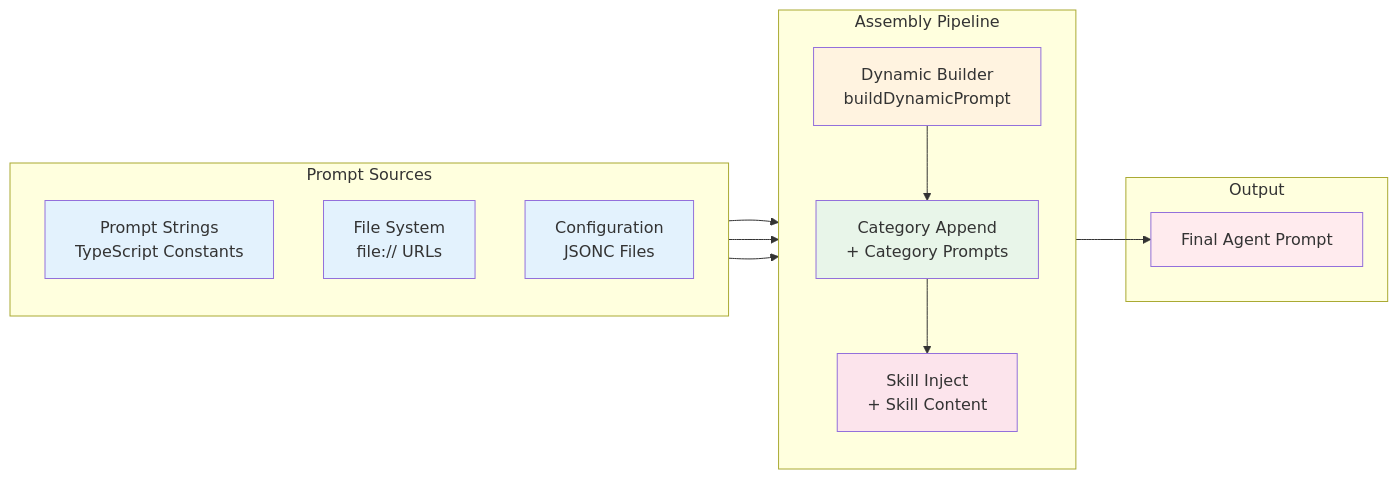
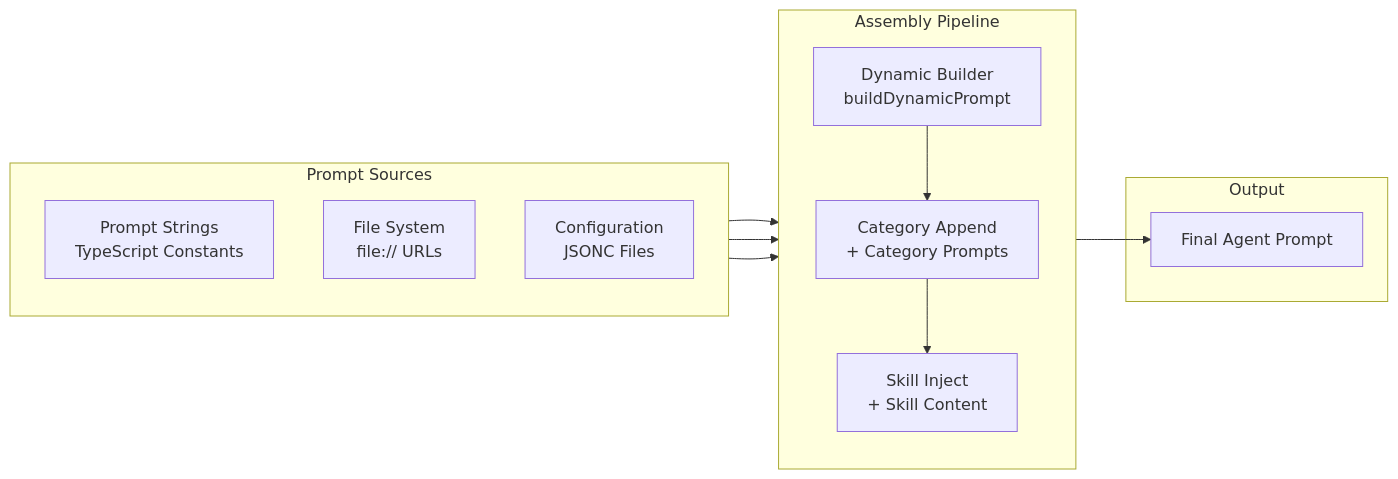
The fifth of 6 diagrams in 09-advanced-en.md (yuexiaoliang/prompt-engineering-learning), drawn with Mermaid before and after one commit. The commit also changed other lines of this file and 9 other files, not shown here.

First line of the commit message:
fix(prompt-engineering): remove hardcoded mermaid fill styles for theme auto-adaptation

````diff
--- a/09-advanced-en.md
+++ b/09-advanced-en.md
@@ -308,33 +285,26 @@
 ```mermaid
 flowchart LR
     subgraph "Prompt Sources"
         direction TB
         PS[Prompt Strings<br/>TypeScript Constants]
         FS[File System<br/>file:// URLs]
         CS[Configuration<br/>JSONC Files]
     end
     
     subgraph "Assembly Pipeline"
         direction TB
         DYN[Dynamic Builder<br/>buildDynamicPrompt]
         CAT[Category Append<br/>+ Category Prompts]
         SKI[Skill Inject<br/>+ Skill Content]
     end
     
     subgraph "Output"
         FINAL[Final Agent Prompt]
     end
     
     PS --> DYN
     FS --> DYN
     CS --> DYN
     DYN --> CAT --> SKI --> FINAL
     
-    style PS fill:#e3f2fd
-    style FS fill:#e3f2fd
-    style CS fill:#e3f2fd
-    style DYN fill:#fff3e0
-    style CAT fill:#e8f5e9
-    style SKI fill:#fce4ec
-    style FINAL fill:#ffebee
 ```
````
